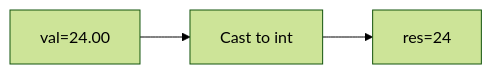
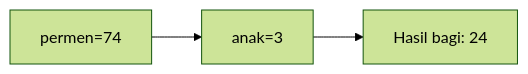
The eighth of 25 diagrams in part-c-pemahaman-cpp/01-tipe-data/latihan/set-09.md (amnahwaida/OSNK_INF_PREP), drawn with Mermaid (forest theme) before and after one commit. The commit also changed other lines of this file and 71 other files, not shown here.

````diff
--- a/part-c-pemahaman-cpp/01-tipe-data/latihan/set-09.md
+++ b/part-c-pemahaman-cpp/01-tipe-data/latihan/set-09.md
@@ -213,5 +222,5 @@
 ```mermaid
 graph LR
-A["val=24.00"] --> B["Cast to int"]
-B --> C["res=24"]
+A["permen=74"] --> B["anak=3"]
+B --> C["Hasil bagi: 24"]
 ```
````
